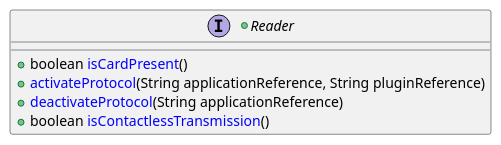
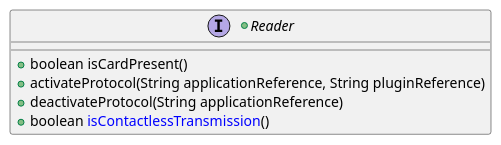
Before and after one commit to calypsonet/keyple: the sixth of 21 diagrams in src/KeypleCoreApi/puml/KeypleCore_Reader_ClassDiag_ClassElements.iuml, drawn with PlantUML. The commit also changed other lines of this file and 3 other files, not shown here.

```diff
--- a/src/KeypleCoreApi/puml/KeypleCore_Reader_ClassDiag_ClassElements.iuml
+++ b/src/KeypleCoreApi/puml/KeypleCore_Reader_ClassDiag_ClassElements.iuml
@@ -68,8 +68,8 @@
 @startuml(id=READER_READER_1_0_0_PLUGIN)
 +interface Reader {
-  +boolean <color:blue>isCardPresent</color>()
-  +<color:blue>activateProtocol</color>(String applicationReference, String pluginReference)
-  +<color:blue>deactivateProtocol</color>(String applicationReference)
+  +boolean isCardPresent()
+  +activateProtocol(String applicationReference, String pluginReference)
+  +deactivateProtocol(String applicationReference)
   +boolean <color:blue>isContactlessTransmission</color>()
 }
 @enduml
```
